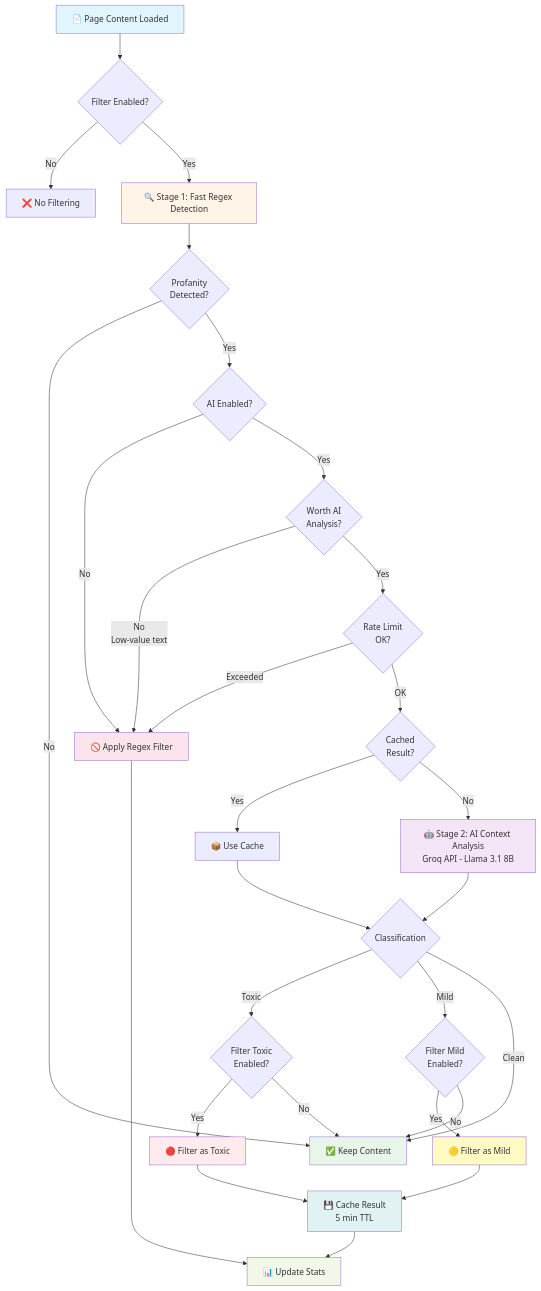
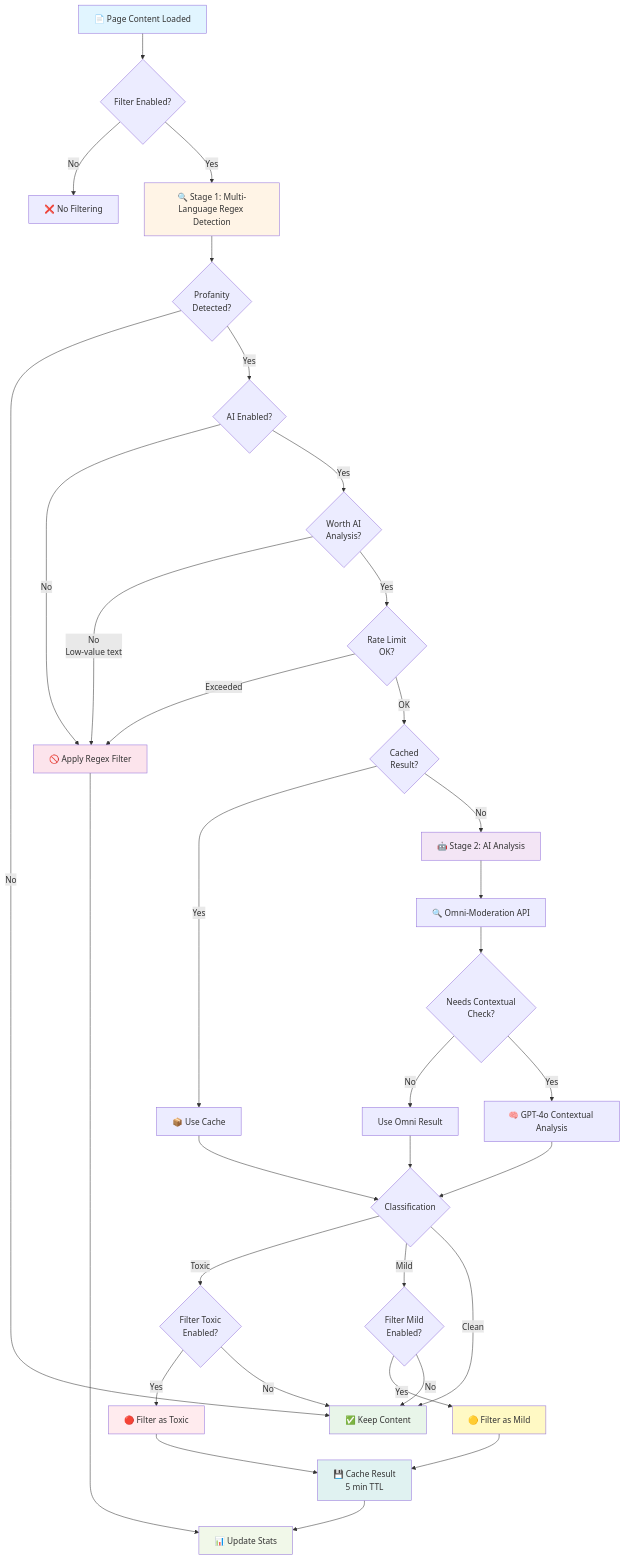
The first of 4 diagrams in README.md (shinjitsue/JoSan), drawn with Mermaid before and after one commit. The commit also changed other lines of this file, not shown here.

Commit message:
docs: expand README with features, architecture, privacy and usage details

````diff
--- a/README.md
+++ b/README.md
@@ -244,49 +327,56 @@
 ```mermaid
 flowchart TD
     A[📄 Page Content Loaded] --> B{Filter Enabled?}
     B -->|No| Z[❌ No Filtering]
-    B -->|Yes| C[🔍 Stage 1: Fast Regex Detection]
+    B -->|Yes| C[🔍 Stage 1: Multi-Language Regex Detection]
 
     C --> D{Profanity<br/>Detected?}
     D -->|No| E[✅ Keep Content]
     D -->|Yes| F{AI Enabled?}
 
     F -->|No| G[🚫 Apply Regex Filter]
     F -->|Yes| H{Worth AI<br/>Analysis?}
 
     H -->|No<br/>Low-value text| G
     H -->|Yes| I{Rate Limit<br/>OK?}
 
     I -->|Exceeded| G
     I -->|OK| J{Cached<br/>Result?}
 
     J -->|Yes| K[📦 Use Cache]
-    J -->|No| L[🤖 Stage 2: AI Context Analysis<br/>Groq API - Llama 3.1 8B]
+    J -->|No| L[🤖 Stage 2: AI Analysis]
 
-    K --> M{Classification}
-    L --> M
+    L --> M[🔍 Omni-Moderation API]
+    M --> N{Needs Contextual<br/>Check?}
 
-    M -->|Toxic| N{Filter Toxic<br/>Enabled?}
-    M -->|Mild| O{Filter Mild<br/>Enabled?}
-    M -->|Clean| E
+    N -->|No| O[Use Omni Result]
+    N -->|Yes| P[🧠 GPT-4o Contextual Analysis]
 
-    N -->|Yes| P[🔴 Filter as Toxic]
-    N -->|No| E
-    O -->|Yes| Q[🟡 Filter as Mild]
-    O -->|No| E
+    P --> Q{Classification}
+    O --> Q
+    K --> Q
 
-    P --> R[💾 Cache Result<br/>5 min TTL]
-    Q --> R
-    G --> S[📊 Update Stats]
-    R --> S
+    Q -->|Toxic| R{Filter Toxic<br/>Enabled?}
+    Q -->|Mild| S{Filter Mild<br/>Enabled?}
+    Q -->|Clean| E
+
+    R -->|Yes| T[🔴 Filter as Toxic]
+    R -->|No| E
+    S -->|Yes| U[🟡 Filter as Mild]
+    S -->|No| E
+
+    T --> V[💾 Cache Result<br/>5 min TTL]
+    U --> V
+    G --> W[📊 Update Stats]
+    V --> W
 
     style A fill:#e1f5ff
     style C fill:#fff4e6
     style L fill:#f3e5f5
     style E fill:#e8f5e9
-    style P fill:#ffebee
-    style Q fill:#fff9c4
+    style T fill:#ffebee
+    style U fill:#fff9c4
     style G fill:#fce4ec
-    style R fill:#e0f2f1
-    style S fill:#f1f8e9
+    style V fill:#e0f2f1
+    style W fill:#f1f8e9
 ```
````
